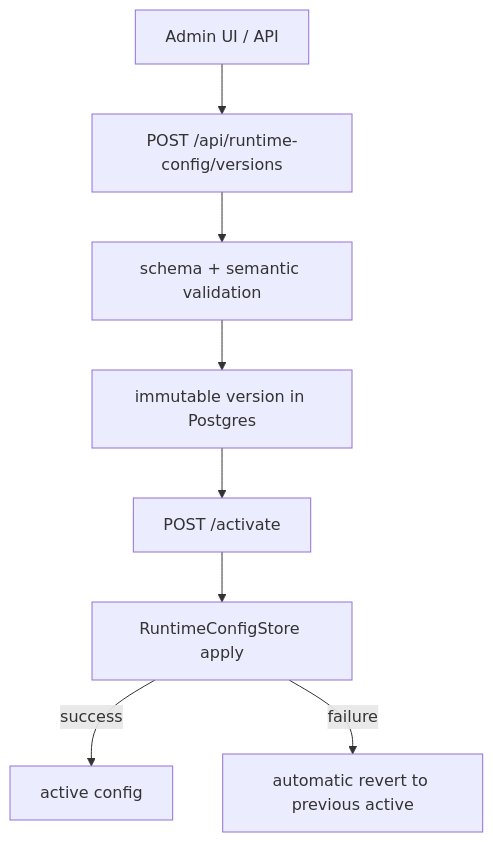
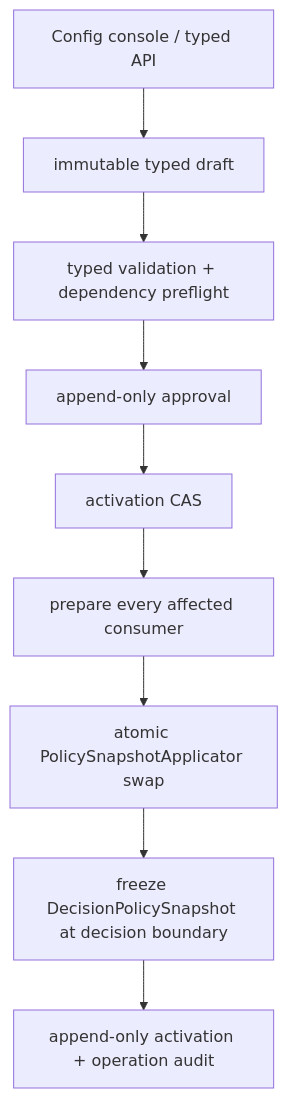
The fourth of 12 diagrams in docs/operations/architecture-and-design.md (solomon-ssy/oxide-arb), drawn with Mermaid before and after one commit. The commit also changed other lines of this file and 592 other files, not shown here.

Commit message:
chore(ui): 📦 Bump ui submodule for governed Config plane and runtime-config editor removal

````diff
--- a/docs/operations/architecture-and-design.md
+++ b/docs/operations/architecture-and-design.md
@@ -178,10 +177,11 @@
 ```mermaid
 flowchart TD
-    UI["Admin UI / API"] --> Version["POST /api/runtime-config/versions"]
-    Version --> Validate["schema + semantic validation"]
-    Validate --> Store["immutable version in Postgres"]
-    Store --> Activate["POST /activate"]
-    Activate --> Apply["RuntimeConfigStore apply"]
-    Apply -->|"success"| Active["active config"]
-    Apply -->|"failure"| Rollback["automatic revert to previous active"]
+    UI["Config console / typed API"] --> Draft["immutable typed draft"]
+    Draft --> Validate["typed validation + dependency preflight"]
+    Validate --> Approval["append-only approval"]
+    Approval --> CAS["activation CAS"]
+    CAS --> Prepare["prepare every affected consumer"]
+    Prepare --> Swap["atomic PolicySnapshotApplicator swap"]
+    Swap --> Freeze["freeze DecisionPolicySnapshot at decision boundary"]
+    Freeze --> Audit["append-only activation + operation audit"]
 ```
````
